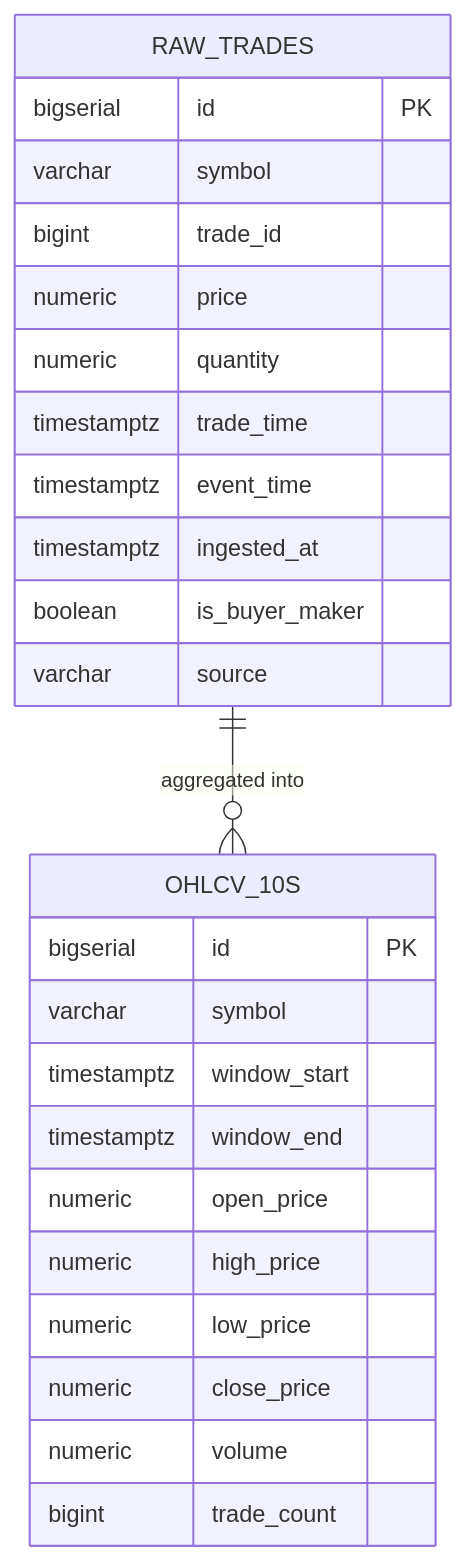
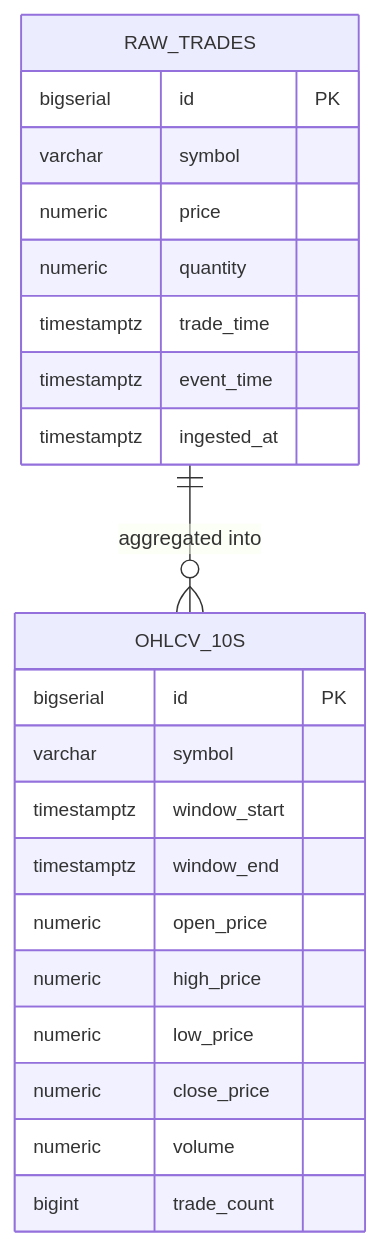
One commit to Berkeaziz/real-time-crypto-analytics-platform changed the third of 3 diagrams in README.md. Above: the diagram before and after it, drawn with Mermaid. The commit also changed other lines of this file, not shown here.

Commit message:
Refactor architecture diagrams and improve clarity in README.md

````diff
--- a/README.md
+++ b/README.md
@@ -69,30 +67,26 @@
 ```mermaid
+%%{init: {"themeVariables": {"fontSize": "13px"}} }%%
 erDiagram
     RAW_TRADES {
         bigserial id PK
         varchar symbol
-        bigint trade_id
         numeric price
         numeric quantity
         timestamptz trade_time
         timestamptz event_time
         timestamptz ingested_at
-        boolean is_buyer_maker
-        varchar source
     }
-
     OHLCV_10S {
         bigserial id PK
         varchar symbol
         timestamptz window_start
         timestamptz window_end
         numeric open_price
         numeric high_price
         numeric low_price
         numeric close_price
         numeric volume
         bigint trade_count
     }
-
     RAW_TRADES ||--o{ OHLCV_10S : "aggregated into"
 ```
````
